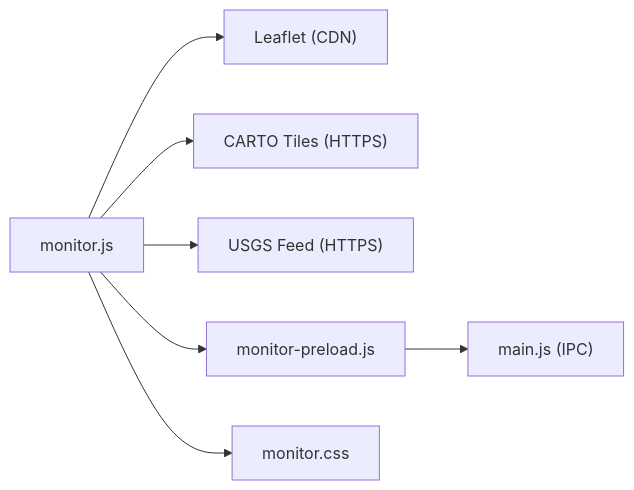
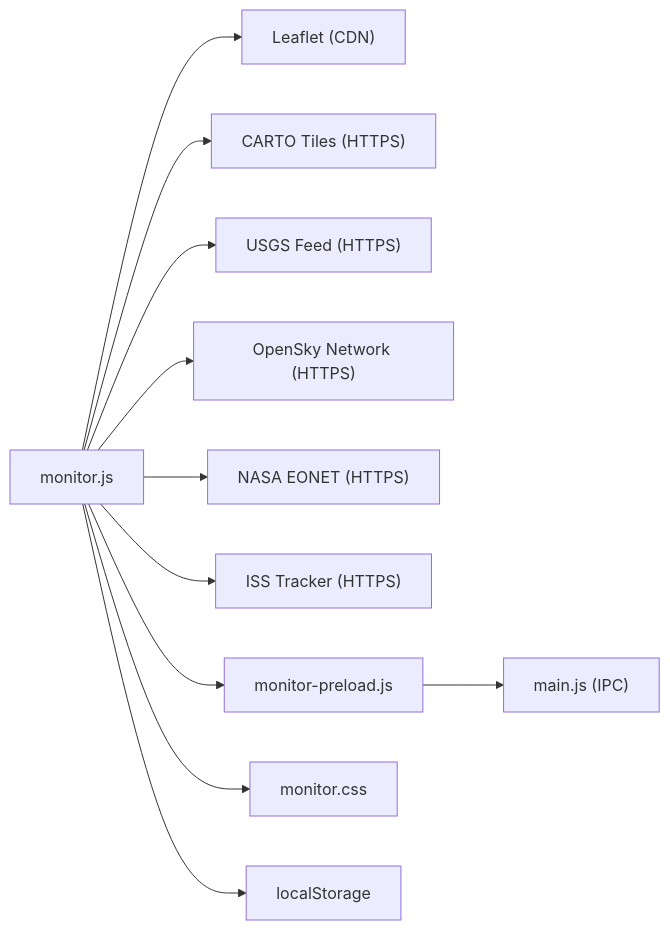
The seventh of 7 diagrams in .qoder/repowiki/en/content/Core Features/World Monitor.md (Annguyen0410/Personal-Messenger-Like-Storage-), drawn with Mermaid before and after one commit. The commit also changed other lines of this file and 25 other files, not shown here.

````diff
--- a/.qoder/repowiki/en/content/Core Features/World Monitor.md
+++ b/.qoder/repowiki/en/content/Core Features/World Monitor.md
@@ -325,9 +518,13 @@
 ```mermaid
 graph LR
 MJ["monitor.js"] --> L["Leaflet (CDN)"]
 MJ --> TILES["CARTO Tiles (HTTPS)"]
 MJ --> USGS["USGS Feed (HTTPS)"]
+MJ --> OSN["OpenSky Network (HTTPS)"]
+MJ --> Nasa["NASA EONET (HTTPS)"]
+MJ --> ISS["ISS Tracker (HTTPS)"]
 MJ --> MP["monitor-preload.js"]
 MP --> MAIN["main.js (IPC)"]
 MJ --> CSS["monitor.css"]
+MJ --> LS["localStorage"]
 ```
````
